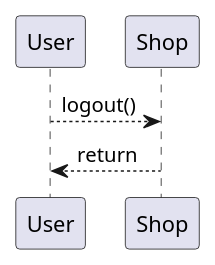
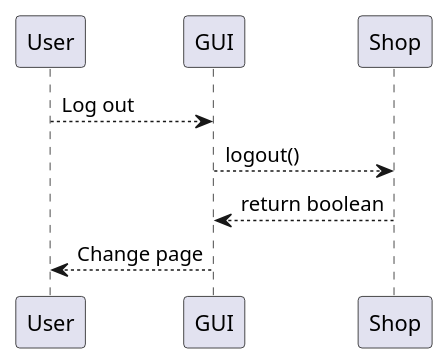
One commit to Stormz4/group20-EzShop changed the tenth of 19 diagrams in Deliverables/DesignDocument.md. Above: the diagram before and after it, drawn with PlantUML. The commit also changed other lines of this file, not shown here.

````diff
--- a/Deliverables/DesignDocument.md
+++ b/Deliverables/DesignDocument.md
@@ -423,6 +427,8 @@
 ```plantuml
 @startuml
-User --> Shop: logout()
-Shop --> User : return
+User --> GUI: Log out
+GUI --> Shop: logout()
+Shop --> GUI : return boolean
+GUI --> User : Change page
 @enduml
 ```
````
